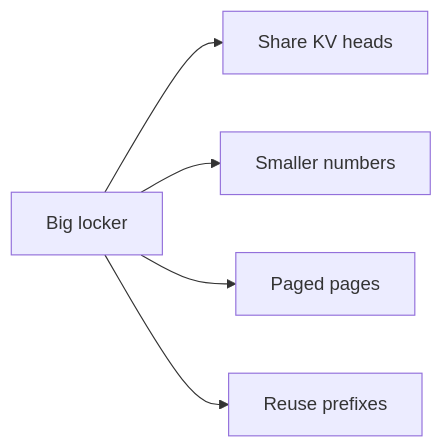
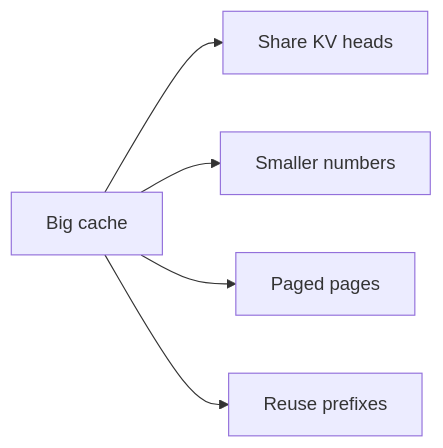
The fourth of 4 diagrams in _posts/2026-09-24-kv-cache-sticky-notes.md (vijaykumarjob0701/theintelliwise), drawn with Mermaid before and after one commit. The commit also changed other lines of this file and 6 other files, not shown here.

````diff
--- a/_posts/2026-09-24-kv-cache-sticky-notes.md
+++ b/_posts/2026-09-24-kv-cache-sticky-notes.md
@@ -206,7 +196,7 @@
 ```mermaid
 flowchart LR
-  A[Big locker] --> B[Share KV heads]
+  A[Big cache] --> B[Share KV heads]
   A --> C[Smaller numbers]
   A --> D[Paged pages]
   A --> E[Reuse prefixes]
 ```
````
